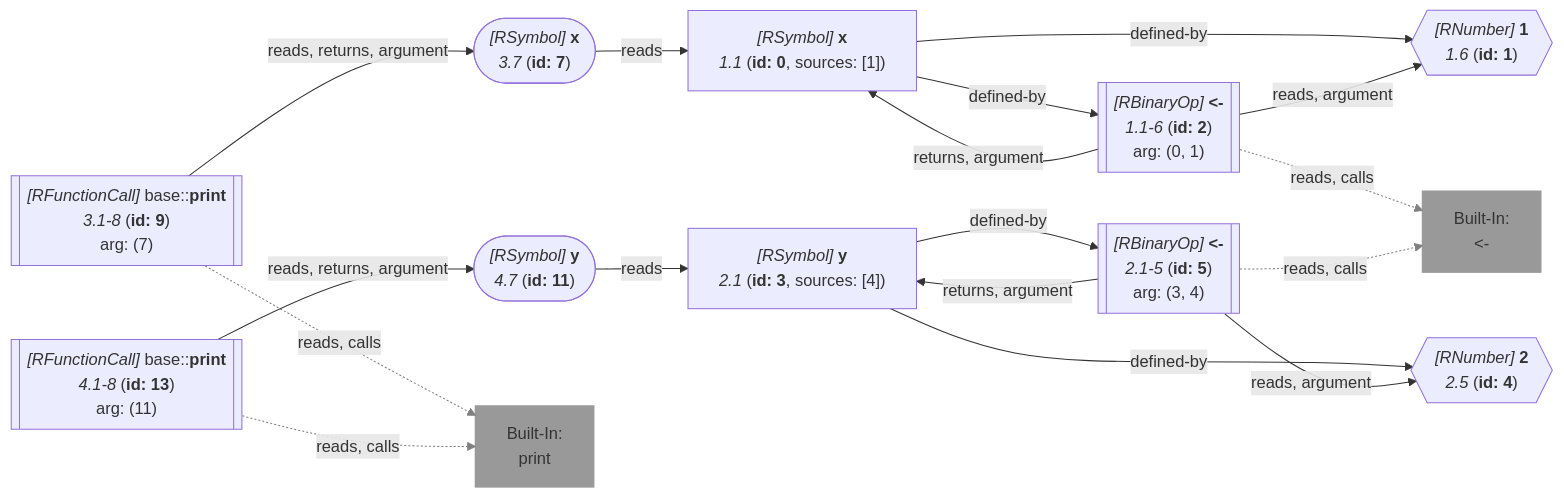
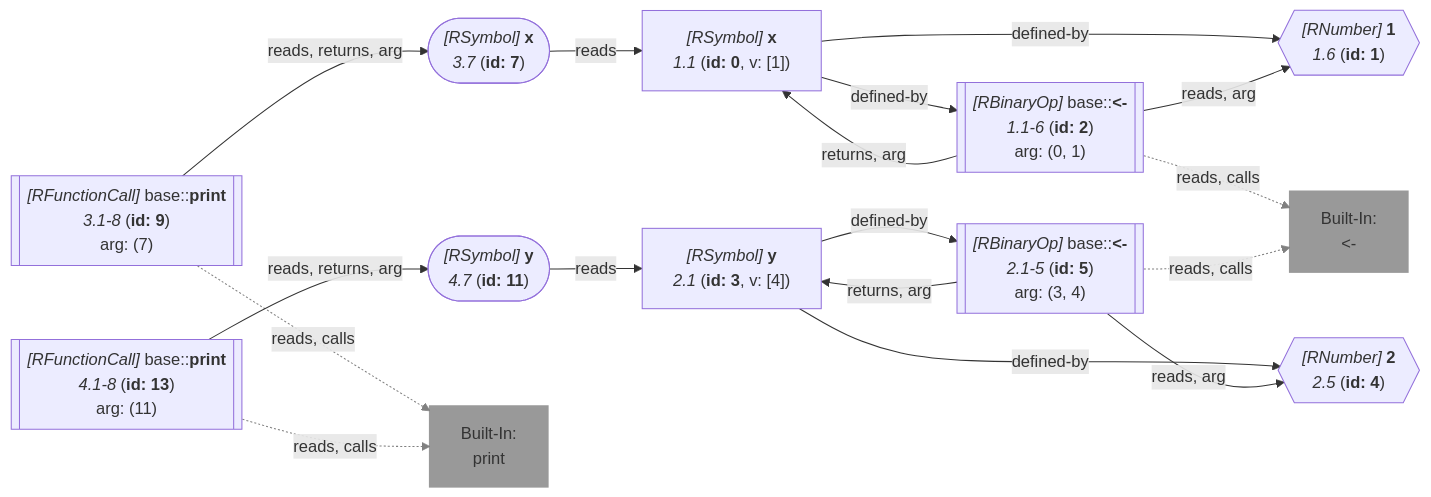
One commit to flowr-analysis/flowr changed diagram 20 of 21 in wiki/Query API.md. Above: the diagram before and after it, drawn with Mermaid. The commit also changed other lines of this file and 135 other files, not shown here.

````diff
--- a/wiki/Query API.md
+++ b/wiki/Query API.md
@@ -6665,55 +6645,55 @@
 ```mermaid
 flowchart LR
     1{{"`*#91;RNumber#93;* **1**
       *1.6* (**id: 1**)`"}}
    %% No edges found for 1
     0["`*#91;RSymbol#93;* **x**
-      *1.1* (**id: 0**, sources: [1])`"]
-    2[["`*#91;RBinaryOp#93;* **#60;#45;**
+      *1.1* (**id: 0**, v: [1])`"]
+    2[["`*#91;RBinaryOp#93;* base#58;#58;**#60;#45;**
       *1.1-6* (**id: 2**)
     arg: (0, 1)`"]]
     built-in:_-["`Built-In:
 #60;#45;`"]
     style built-in:_- stroke:gray,fill:gray,stroke-width:2px,opacity:.8;
     4{{"`*#91;RNumber#93;* **2**
       *2.5* (**id: 4**)`"}}
    %% No edges found for 4
     3["`*#91;RSymbol#93;* **y**
-      *2.1* (**id: 3**, sources: [4])`"]
-    5[["`*#91;RBinaryOp#93;* **#60;#45;**
+      *2.1* (**id: 3**, v: [4])`"]
+    5[["`*#91;RBinaryOp#93;* base#58;#58;**#60;#45;**
       *2.1-5* (**id: 5**)
     arg: (3, 4)`"]]
     7(["`*#91;RSymbol#93;* **x**
       *3.7* (**id: 7**)`"])
     9[["`*#91;RFunctionCall#93;* base#58;#58;**print**
       *3.1-8* (**id: 9**)
     arg: (7)`"]]
     built-in:print["`Built-In:
 print`"]
     style built-in:print stroke:gray,fill:gray,stroke-width:2px,opacity:.8;
     11(["`*#91;RSymbol#93;* **y**
       *4.7* (**id: 11**)`"])
     13[["`*#91;RFunctionCall#93;* base#58;#58;**print**
       *4.1-8* (**id: 13**)
     arg: (11)`"]]
     0 -->|"defined-by"| 1
     0 -->|"defined-by"| 2
-    2 -->|"reads, argument"| 1
-    2 -->|"returns, argument"| 0
+    2 -->|"reads, arg"| 1
+    2 -->|"returns, arg"| 0
     2 -.->|"reads, calls"| built-in:_-
     linkStyle 4 stroke:gray;
     3 -->|"defined-by"| 4
     3 -->|"defined-by"| 5
-    5 -->|"reads, argument"| 4
-    5 -->|"returns, argument"| 3
+    5 -->|"reads, arg"| 4
+    5 -->|"returns, arg"| 3
     5 -.->|"reads, calls"| built-in:_-
     linkStyle 9 stroke:gray;
     7 -->|"reads"| 0
-    9 -->|"reads, returns, argument"| 7
+    9 -->|"reads, returns, arg"| 7
     9 -.->|"reads, calls"| built-in:print
     linkStyle 12 stroke:gray;
     11 -->|"reads"| 3
-    13 -->|"reads, returns, argument"| 11
+    13 -->|"reads, returns, arg"| 11
     13 -.->|"reads, calls"| built-in:print
     linkStyle 15 stroke:gray;
 ```
````
